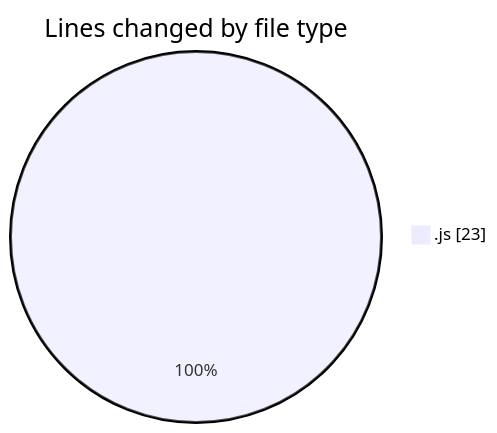
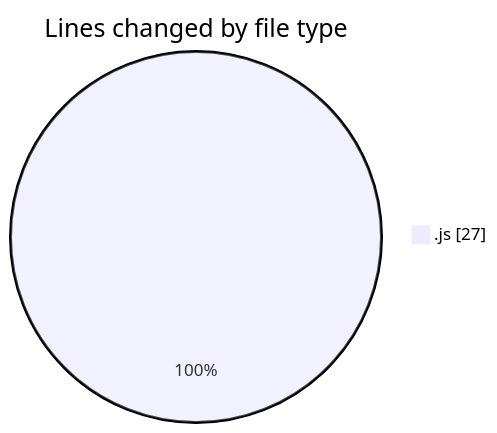
Before and after one commit to nxtqubesakshisongat/code-tracking: the first of 2 diagrams in 2026-01-10/javacript/README.md, drawn with Mermaid. The commit also changed other lines of this file and 1 other file, not shown here.

````diff
--- a/2026-01-10/javacript/README.md
+++ b/2026-01-10/javacript/README.md
@@ -20,5 +20,5 @@
 ```mermaid
 pie showData
 title Lines changed by file type
-".js" : 23
+".js" : 27
 ```
````
